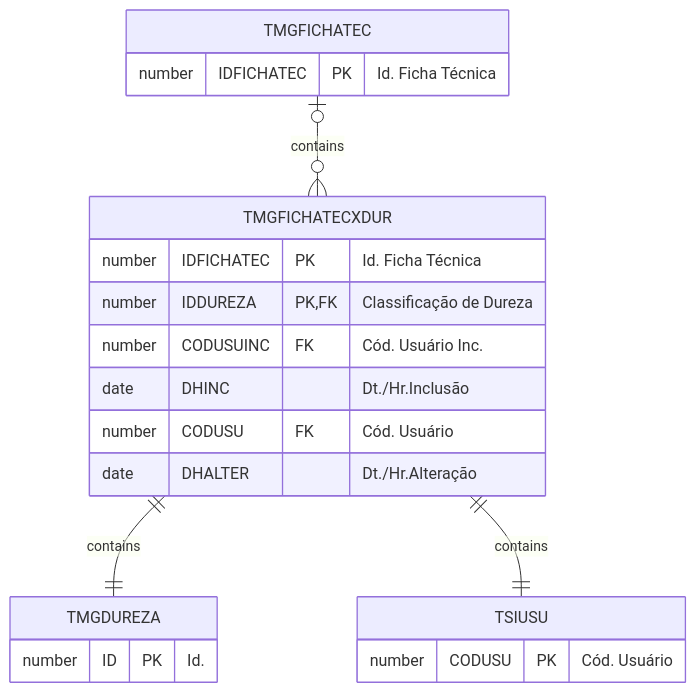
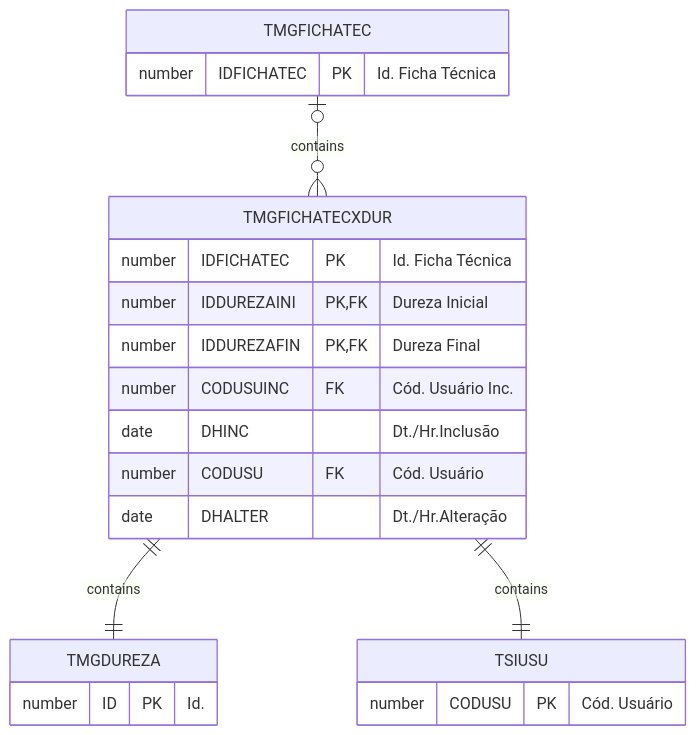
One commit to cbmsoft/margrandocs changed the diagram in docs/_database/TMGFICHATECXDUR.md. Above: the diagram before and after it, drawn with Mermaid. The commit also changed other lines of this file and 3 other files, not shown here.

````diff
--- a/docs/_database/TMGFICHATECXDUR.md
+++ b/docs/_database/TMGFICHATECXDUR.md
@@ -32,24 +34,25 @@
 ```mermaid
 erDiagram
     TMGFICHATEC |o--o{ TMGFICHATECXDUR : contains
     TMGFICHATECXDUR ||--|| TMGDUREZA : contains
     TMGFICHATECXDUR ||--|| TSIUSU : contains
 
 	TMGFICHATEC {
 		number IDFICHATEC PK "Id. Ficha Técnica"
 	}
 	TMGFICHATECXDUR {
 		number IDFICHATEC PK "Id. Ficha Técnica"
-        number IDDUREZA PK, FK "Classificação de Dureza"
+        number IDDUREZAINI PK,FK "Dureza Inicial"
+        number IDDUREZAFIN PK,FK "Dureza Final"
         number CODUSUINC FK "Cód. Usuário Inc."
         date DHINC "Dt./Hr.Inclusão"
         number CODUSU FK "Cód. Usuário"
         date DHALTER "Dt./Hr.Alteração"
 	}
     TMGDUREZA {
         number ID PK "Id."
     }
     TSIUSU {
         number CODUSU PK "Cód. Usuário"
     }
 ```
````
